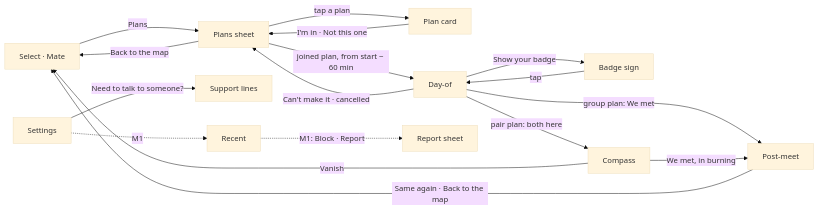
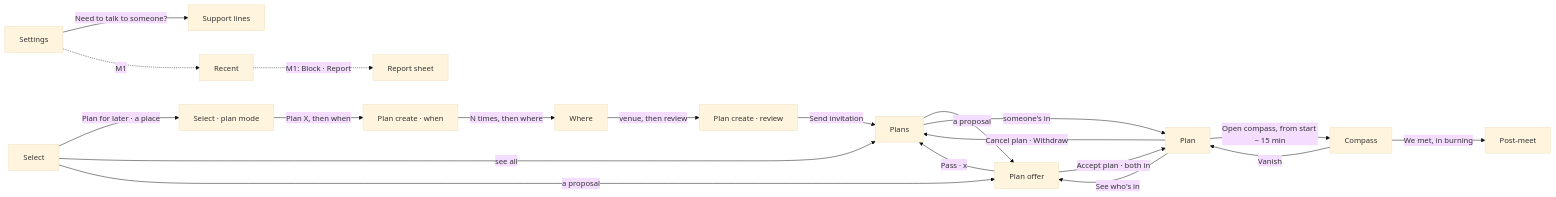
One commit to uteg-labs/just-mate changed the second of 3 diagrams in docs/STRUCTURE.md. Above: the diagram before and after it, drawn with Mermaid (base theme). The commit also changed other lines of this file and 4 other files, not shown here.

````diff
--- a/docs/STRUCTURE.md
+++ b/docs/STRUCTURE.md
@@ -265,19 +265,22 @@
 ```mermaid
 flowchart LR
-    SEL[Select · Mate] -->|Plans| PL[Plans sheet]
-    PL -->|tap a plan| PC[Plan card]
-    PC -->|I'm in · Not this one| PL
-    PL -->|Back to the map| SEL
-    PL -->|joined plan, from start − 60 min| D[Day-of]
-    D -->|Can't make it · cancelled| PL
-    D -->|Show your badge| BS[Badge sign]
-    BS -->|tap| D
-    D -->|pair plan: both here| C[Compass]
-    D -->|group plan: We met| P[Post-meet]
-    C -->|We met, in burning| P
-    C -->|Vanish| SEL
-    P -->|Same again · Back to the map| SEL
+    SEL[Select] -->|Plan for later · a place| PM[Select · plan mode]
+    PM -->|Plan X, then when| W1[Plan create · when]
+    W1 -->|N times, then where| WH[Where]
+    WH -->|venue, then review| RV[Plan create · review]
+    RV -->|Send invitation| PL[Plans]
+    SEL -->|see all| PL
+    SEL -->|a proposal| OF[Plan offer]
+    PL -->|a proposal| OF
+    OF -->|Accept plan · both in| PD[Plan]
+    OF -->|Pass · x| PL
+    PL -->|someone's in| PD
+    PD -->|See who's in| OF
+    PD -->|Open compass, from start − 15 min| C[Compass]
+    PD -->|Cancel plan · Withdraw| PL
+    C -->|We met, in burning| P[Post-meet]
+    C -->|Vanish| PD
     ST[Settings] -->|Need to talk to someone?| H[Support lines]
     ST -.->|M1| R[Recent]
     R -.->|M1: Block · Report| RP[Report sheet]
 ```
````
